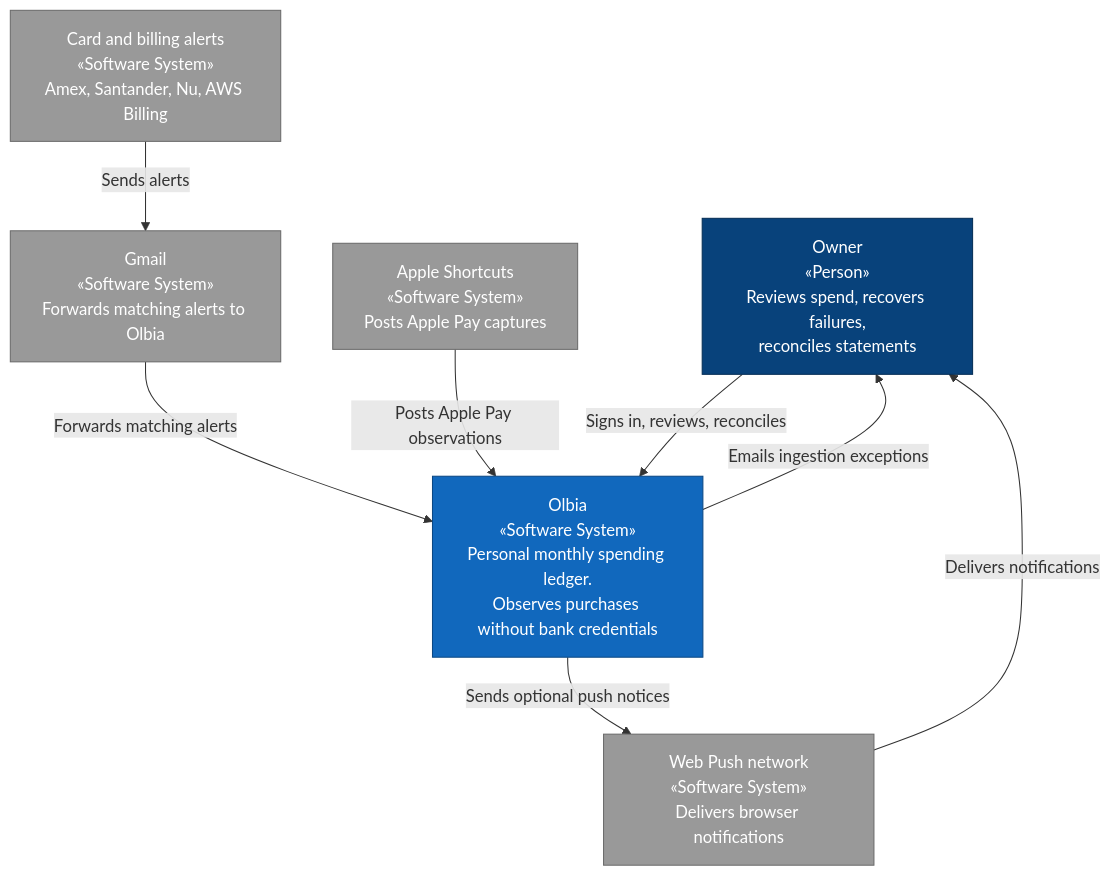
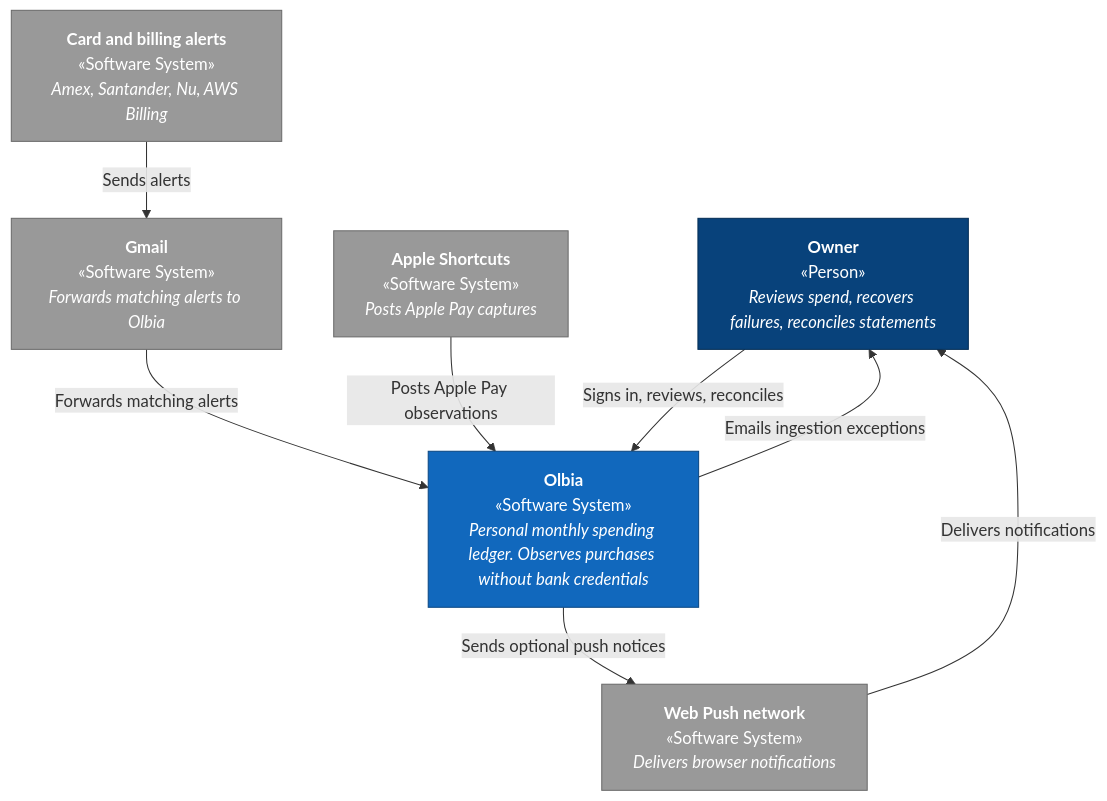
The diagram in README.md (DavidCs9/personal-finance-system), drawn with Mermaid before and after one commit. The commit also changed 1 other file, not shown here.

Commit message:
docs: emphasize C4 element names over descriptions
Use Mermaid markdown labels so names render bold and descriptions italic, keeping «stereotype» as the middle signal.

````diff
--- a/README.md
+++ b/README.md
@@ -22,25 +22,37 @@
 ```mermaid
 flowchart TB
   classDef person fill:#08427B,stroke:#052E56,color:#fff,stroke-width:1px
   classDef system fill:#1168BD,stroke:#0B4884,color:#fff,stroke-width:1px
   classDef external fill:#999999,stroke:#6B6B6B,color:#fff,stroke-width:1px
 
-  owner["Owner\n«Person»\nReviews spend, recovers failures,\nreconciles statements"]
-  olbia["Olbia\n«Software System»\nPersonal monthly spending ledger.\nObserves purchases without bank credentials"]
-  issuers["Card and billing alerts\n«Software System»\nAmex, Santander, Nu, AWS Billing"]
-  gmail["Gmail\n«Software System»\nForwards matching alerts to Olbia"]
-  shortcuts["Apple Shortcuts\n«Software System»\nPosts Apple Pay captures"]
-  webpush["Web Push network\n«Software System»\nDelivers browser notifications"]
+  owner["`**Owner**
+«Person»
+_Reviews spend, recovers failures, reconciles statements_`"]
+  olbia["`**Olbia**
+«Software System»
+_Personal monthly spending ledger. Observes purchases without bank credentials_`"]
+  issuers["`**Card and billing alerts**
+«Software System»
+_Amex, Santander, Nu, AWS Billing_`"]
+  gmail["`**Gmail**
+«Software System»
+_Forwards matching alerts to Olbia_`"]
+  shortcuts["`**Apple Shortcuts**
+«Software System»
+_Posts Apple Pay captures_`"]
+  webpush["`**Web Push network**
+«Software System»
+_Delivers browser notifications_`"]
 
   issuers -->|"Sends alerts"| gmail
   gmail -->|"Forwards matching alerts"| olbia
   shortcuts -->|"Posts Apple Pay observations"| olbia
   owner -->|"Signs in, reviews, reconciles"| olbia
   olbia -->|"Emails ingestion exceptions"| owner
   olbia -->|"Sends optional push notices"| webpush
   webpush -->|"Delivers notifications"| owner
 
   class owner person
   class olbia system
   class issuers,gmail,shortcuts,webpush external
 ```
````
